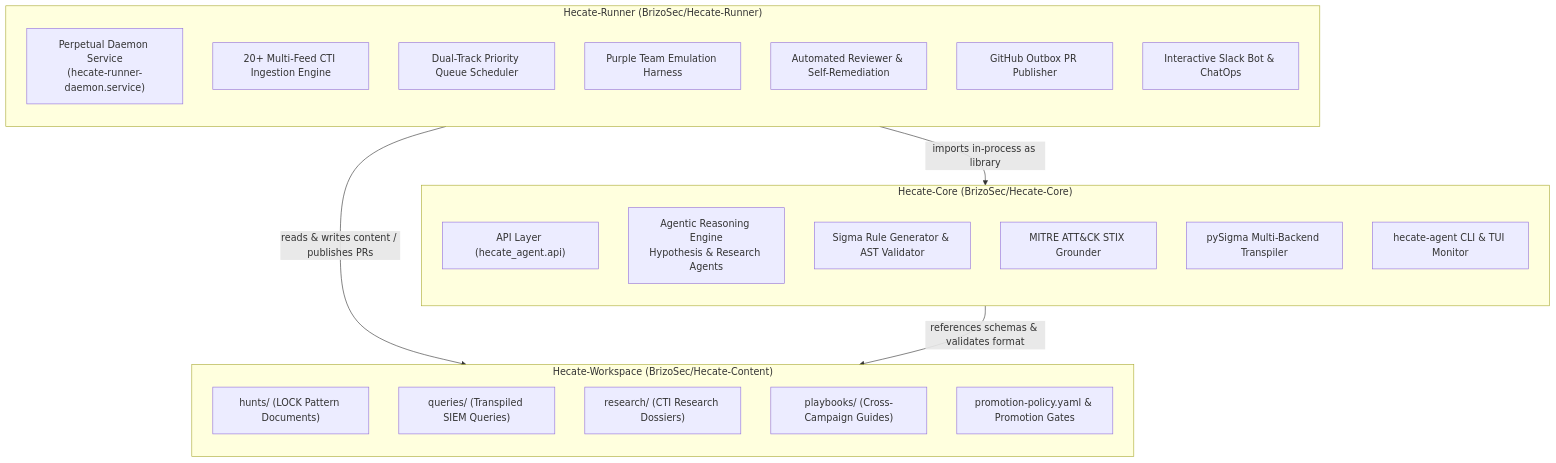
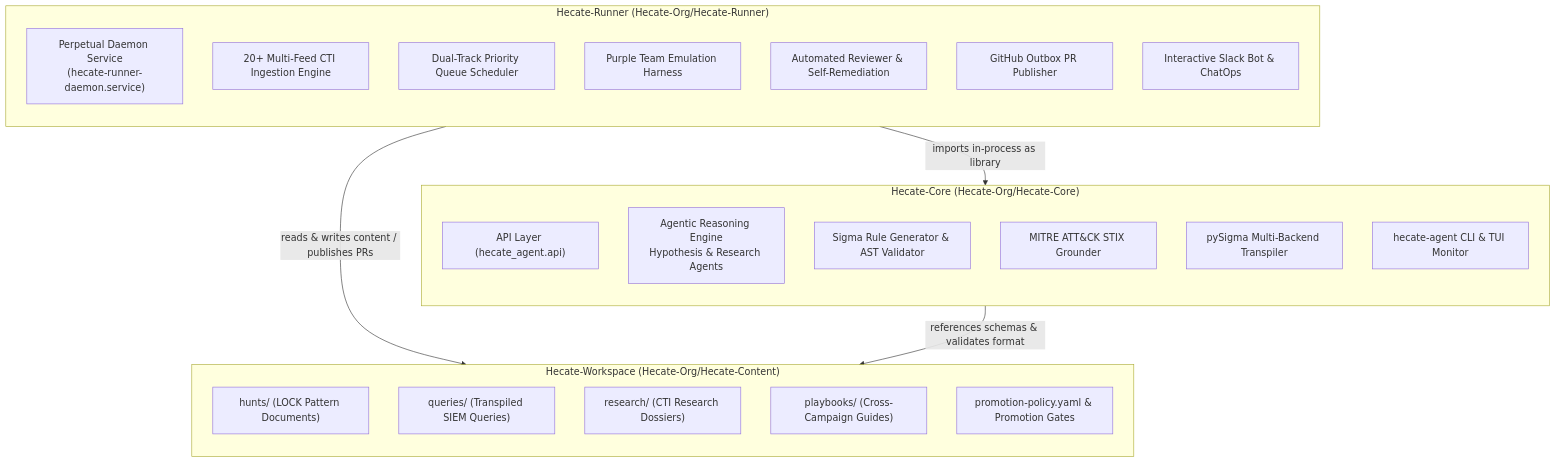
Before and after one commit to BrizoSec/Hecate-Core: the first of 3 diagrams in docs/ARCHITECTURE.md, drawn with Mermaid. The commit also changed other lines of this file and 39 other files, not shown here.

````diff
--- a/docs/ARCHITECTURE.md
+++ b/docs/ARCHITECTURE.md
@@ -19,36 +19,36 @@
 ```mermaid
 flowchart TD
-    subgraph Repo1["Hecate-Core (BrizoSec/Hecate-Core)"]
+    subgraph Repo1["Hecate-Core (Hecate-Org/Hecate-Core)"]
         direction TB
         C_API["API Layer (hecate_agent.api)"]
         C_AGENTS["Agentic Reasoning Engine<br/>Hypothesis & Research Agents"]
         C_SIGMA["Sigma Rule Generator & AST Validator"]
         C_ATTACK["MITRE ATT&CK STIX Grounder"]
         C_TRANSPILER["pySigma Multi-Backend Transpiler"]
         C_CLI["hecate-agent CLI & TUI Monitor"]
     end
 
-    subgraph Repo2["Hecate-Runner (BrizoSec/Hecate-Runner)"]
+    subgraph Repo2["Hecate-Runner (Hecate-Org/Hecate-Runner)"]
         direction TB
         R_DAEMON["Perpetual Daemon Service<br/>(hecate-runner-daemon.service)"]
         R_CTI["20+ Multi-Feed CTI Ingestion Engine"]
         R_QUEUE["Dual-Track Priority Queue Scheduler"]
         R_PURPLE["Purple Team Emulation Harness"]
         R_REVIEW["Automated Reviewer & Self-Remediation"]
         R_PUB["GitHub Outbox PR Publisher"]
         R_SLACK["Interactive Slack Bot & ChatOps"]
     end
 
-    subgraph Repo3["Hecate-Workspace (BrizoSec/Hecate-Content)"]
+    subgraph Repo3["Hecate-Workspace (Hecate-Org/Hecate-Content)"]
         direction TB
         W_HUNTS["hunts/ (LOCK Pattern Documents)"]
         W_QUERIES["queries/ (Transpiled SIEM Queries)"]
         W_RESEARCH["research/ (CTI Research Dossiers)"]
         W_PLAYBOOKS["playbooks/ (Cross-Campaign Guides)"]
         W_POLICY["promotion-policy.yaml & Promotion Gates"]
     end
 
     Repo2 -- "imports in-process as library" --> Repo1
     Repo2 -- "reads & writes content / publishes PRs" --> Repo3
     Repo1 -- "references schemas & validates format" --> Repo3
 ```
````
